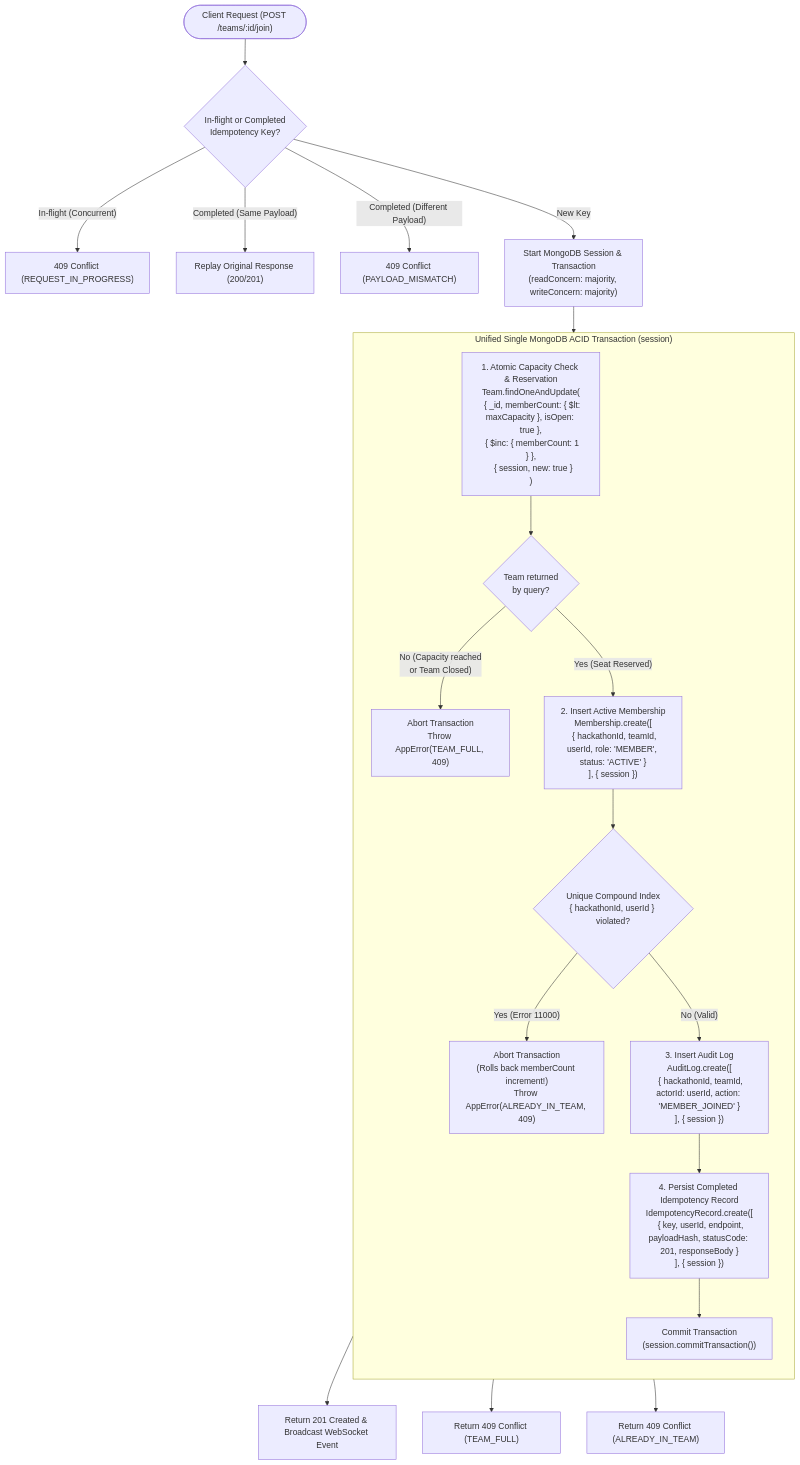
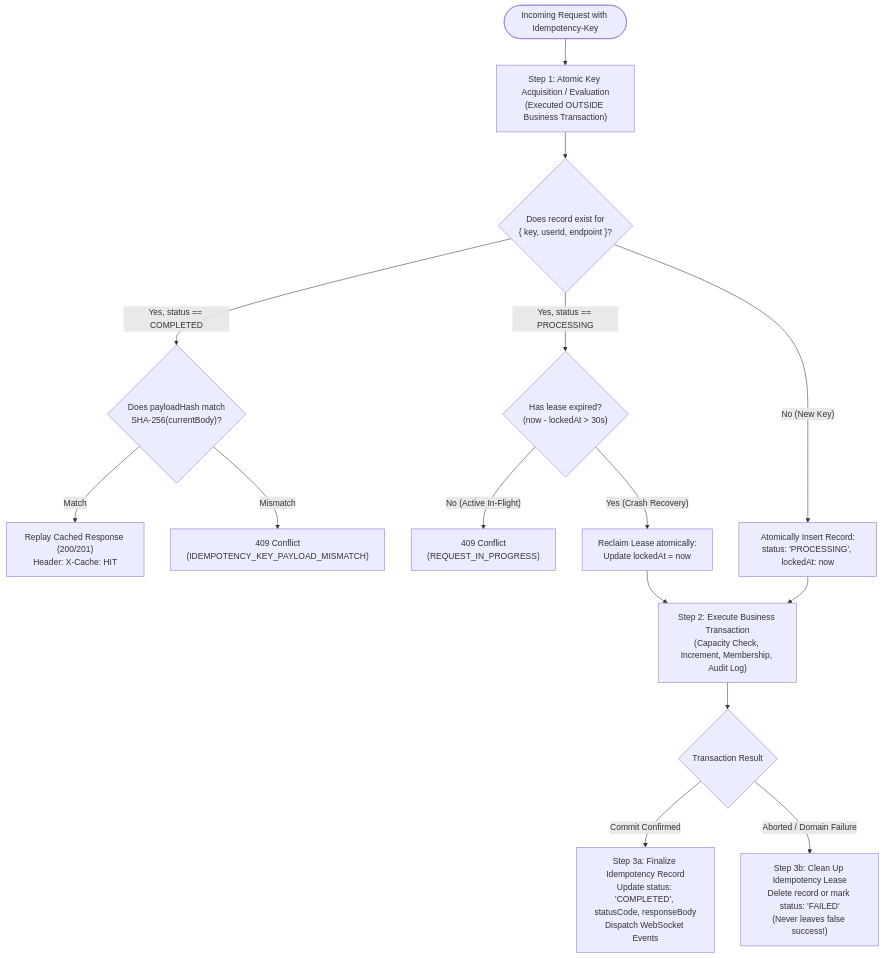
One commit to m4ulikP/CrewConnect changed the diagram in docs/concurrency-design.md. Above: the diagram before and after it, drawn with Mermaid. The commit also changed other lines of this file and 8 other files, not shown here.

Commit message:
docs(arch): clarify two-phase idempotency, retry semantics, and auditable event log

````diff
--- a/docs/concurrency-design.md
+++ b/docs/concurrency-design.md
@@ -29,35 +33,24 @@
 ```mermaid
 flowchart TD
-    Start(["Client Request (POST /teams/:id/join)"]) --> IdempCheck{"In-flight or Completed\nIdempotency Key?"}
+    Start(["Incoming Request with Idempotency-Key"]) --> Step1["Step 1: Atomic Key Acquisition / Evaluation\n(Executed OUTSIDE Business Transaction)"]
     
-    IdempCheck -- "In-flight (Concurrent)" --> RejectInFlight["409 Conflict (REQUEST_IN_PROGRESS)"]
-    IdempCheck -- "Completed (Same Payload)" --> ReplaySuccess["Replay Original Response (200/201)"]
-    IdempCheck -- "Completed (Different Payload)" --> RejectPayloadMismatch["409 Conflict (PAYLOAD_MISMATCH)"]
-    IdempCheck -- "New Key" --> StartTxn["Start MongoDB Session & Transaction\n(readConcern: majority, writeConcern: majority)"]
+    Step1 --> CheckDoc{"Does record exist for\n{ key, userId, endpoint }?"}
+    
+    CheckDoc -- "Yes, status == COMPLETED" --> CheckPayload{"Does payloadHash match\nSHA-256(currentBody)?"}
+    CheckPayload -- "Match" --> ReplayCached["Replay Cached Response (200/201)\nHeader: X-Cache: HIT"]
+    CheckPayload -- "Mismatch" --> RejectMismatch["409 Conflict\n(IDEMPOTENCY_KEY_PAYLOAD_MISMATCH)"]
+    
+    CheckDoc -- "Yes, status == PROCESSING" --> CheckLease{"Has lease expired?\n(now - lockedAt > 30s)"}
+    CheckLease -- "No (Active In-Flight)" --> RejectInFlight["409 Conflict\n(REQUEST_IN_PROGRESS)"]
+    CheckLease -- "Yes (Crash Recovery)" --> ReclaimLease["Reclaim Lease atomically:\nUpdate lockedAt = now"]
+    
+    CheckDoc -- "No (New Key)" --> InsertLease["Atomically Insert Record:\nstatus: 'PROCESSING', lockedAt: now"]
+    
+    InsertLease --> Step2["Step 2: Execute Business Transaction\n(Capacity Check, Increment, Membership, Audit Log)"]
+    ReclaimLease --> Step2
 
-    subgraph Txn["Unified Single MongoDB ACID Transaction (session)"]
-        direction TB
-        Op1["1. Atomic Capacity Check & Reservation\nTeam.findOneAndUpdate(\n  { _id, memberCount: { $lt: maxCapacity }, isOpen: true },\n  { $inc: { memberCount: 1 } },\n  { session, new: true }\n)"]
-        
-        CheckOp1{"Team returned\nby query?"}
-        Op1 --> CheckOp1
-
-        CheckOp1 -- "No (Capacity reached\nor Team Closed)" --> AbortFull["Abort Transaction\nThrow AppError(TEAM_FULL, 409)"]
-        CheckOp1 -- "Yes (Seat Reserved)" --> Op2["2. Insert Active Membership\nMembership.create([\n  { hackathonId, teamId, userId, role: 'MEMBER', status: 'ACTIVE' }\n], { session })"]
-        
-        CheckOp2{"Unique Compound Index\n{ hackathonId, userId } violated?"}
-        Op2 --> CheckOp2
-
-        CheckOp2 -- "Yes (Error 11000)" --> AbortAlreadyInTeam["Abort Transaction\n(Rolls back memberCount increment!)\nThrow AppError(ALREADY_IN_TEAM, 409)"]
-        CheckOp2 -- "No (Valid)" --> Op3["3. Insert Audit Log\nAuditLog.create([\n  { hackathonId, teamId, actorId: userId, action: 'MEMBER_JOINED' }\n], { session })"]
-
-        Op3 --> Op4["4. Persist Completed Idempotency Record\nIdempotencyRecord.create([\n  { key, userId, endpoint, payloadHash, statusCode: 201, responseBody }\n], { session })"]
-
-        Op4 --> CommitTxn["Commit Transaction\n(session.commitTransaction())"]
-    end
-
-    StartTxn --> Op1
-    CommitTxn --> Success["Return 201 Created & Broadcast WebSocket Event"]
-    AbortFull --> CleanFail["Return 409 Conflict (TEAM_FULL)"]
-    AbortAlreadyInTeam --> CleanFail2["Return 409 Conflict (ALREADY_IN_TEAM)"]
+    Step2 --> TxnResult{"Transaction Result"}
+    
+    TxnResult -- "Commit Confirmed" --> Step3Success["Step 3a: Finalize Idempotency Record\nUpdate status: 'COMPLETED', statusCode, responseBody\nDispatch WebSocket Events"]
+    TxnResult -- "Aborted / Domain Failure" --> Step3Fail["Step 3b: Clean Up Idempotency Lease\nDelete record or mark status: 'FAILED'\n(Never leaves false success!)"]
 ```
````
